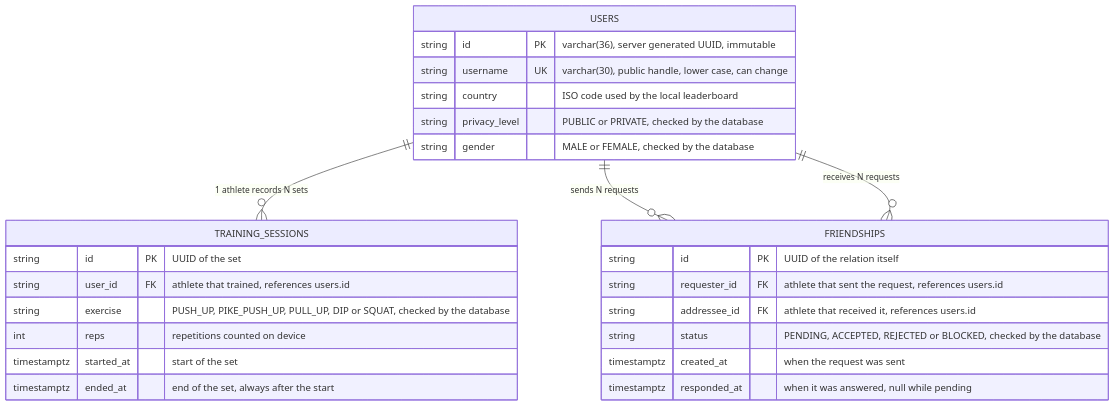
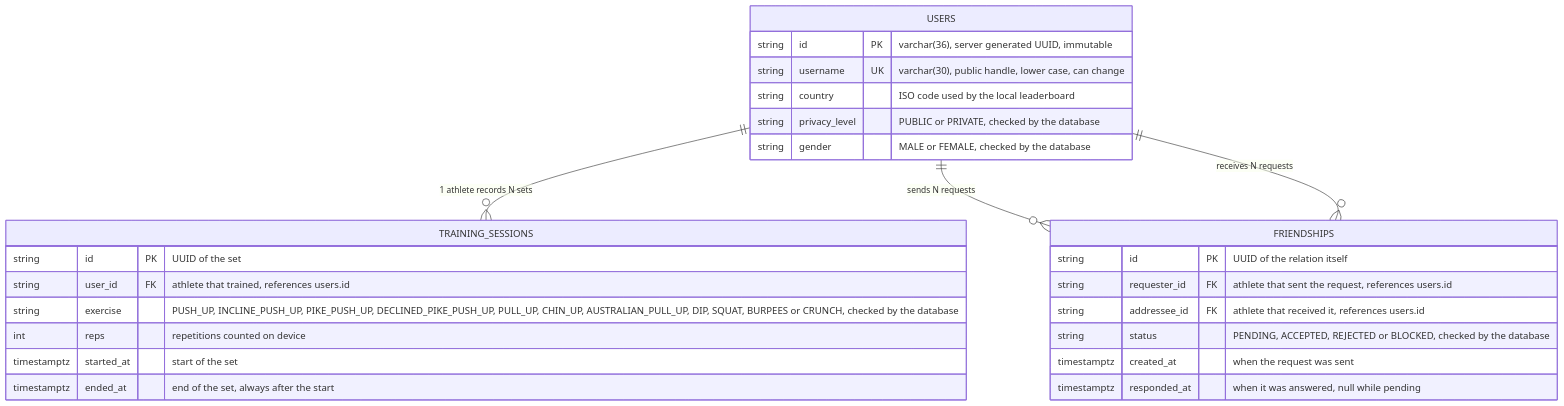
The first of 2 diagrams in README.md (yeikobu/tatakae-api), drawn with Mermaid before and after one commit. The commit also changed 7 other files, not shown here.

````diff
--- a/README.md
+++ b/README.md
@@ -356,32 +356,32 @@
 ```mermaid
 erDiagram
     USERS ||--o{ TRAINING_SESSIONS : "1 athlete records N sets"
     USERS ||--o{ FRIENDSHIPS : "sends N requests"
     USERS ||--o{ FRIENDSHIPS : "receives N requests"
 
     USERS {
         string id PK "varchar(36), server generated UUID, immutable"
         string username UK "varchar(30), public handle, lower case, can change"
         string country "ISO code used by the local leaderboard"
         string privacy_level "PUBLIC or PRIVATE, checked by the database"
         string gender "MALE or FEMALE, checked by the database"
     }
 
     FRIENDSHIPS {
         string id PK "UUID of the relation itself"
         string requester_id FK "athlete that sent the request, references users.id"
         string addressee_id FK "athlete that received it, references users.id"
         string status "PENDING, ACCEPTED, REJECTED or BLOCKED, checked by the database"
         timestamptz created_at "when the request was sent"
         timestamptz responded_at "when it was answered, null while pending"
     }
 
     TRAINING_SESSIONS {
         string id PK "UUID of the set"
         string user_id FK "athlete that trained, references users.id"
-        string exercise "PUSH_UP, PIKE_PUSH_UP, PULL_UP, DIP or SQUAT, checked by the database"
+        string exercise "PUSH_UP, INCLINE_PUSH_UP, PIKE_PUSH_UP, DECLINED_PIKE_PUSH_UP, PULL_UP, CHIN_UP, AUSTRALIAN_PULL_UP, DIP, SQUAT, BURPEES or CRUNCH, checked by the database"
         int reps "repetitions counted on device"
         timestamptz started_at "start of the set"
         timestamptz ended_at "end of the set, always after the start"
     }
 ```
````
